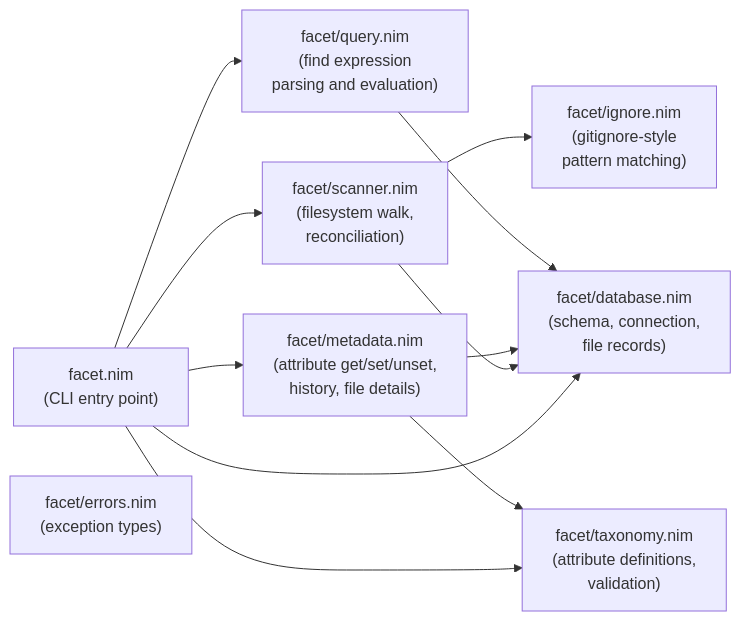
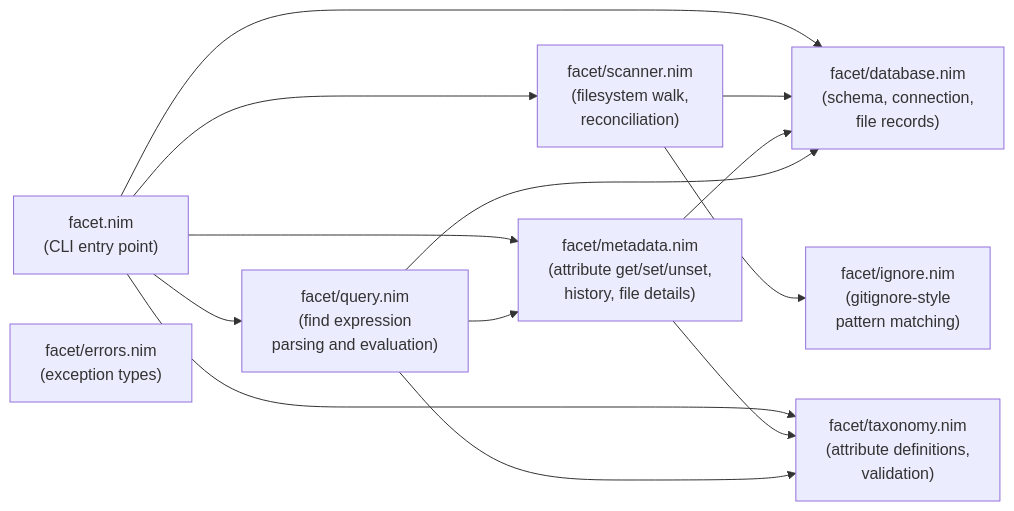
Before and after one commit to axler8r/facet: the first of 4 diagrams in docs/design.md, drawn with Mermaid. The commit also changed other lines of this file and 11 other files, not shown here.

````diff
--- a/docs/design.md
+++ b/docs/design.md
@@ -19,22 +19,24 @@
 ```mermaid
 flowchart LR
     facet["facet.nim<br/>(CLI entry point)"]
     database["facet/database.nim<br/>(schema, connection,<br/>file records)"]
     scanner["facet/scanner.nim<br/>(filesystem walk,<br/>reconciliation)"]
     ignore["facet/ignore.nim<br/>(gitignore-style<br/>pattern matching)"]
     taxonomy["facet/taxonomy.nim<br/>(attribute definitions,<br/>validation)"]
     metadata["facet/metadata.nim<br/>(attribute get/set/unset,<br/>history, file details)"]
     query["facet/query.nim<br/>(find expression<br/>parsing and evaluation)"]
     errors["facet/errors.nim<br/>(exception types)"]
 
     facet --> database
     facet --> scanner
     facet --> taxonomy
     facet --> metadata
     facet --> query
     scanner --> database
     scanner --> ignore
     metadata --> database
     metadata --> taxonomy
     query --> database
+    query --> metadata
+    query --> taxonomy
 ```
````
